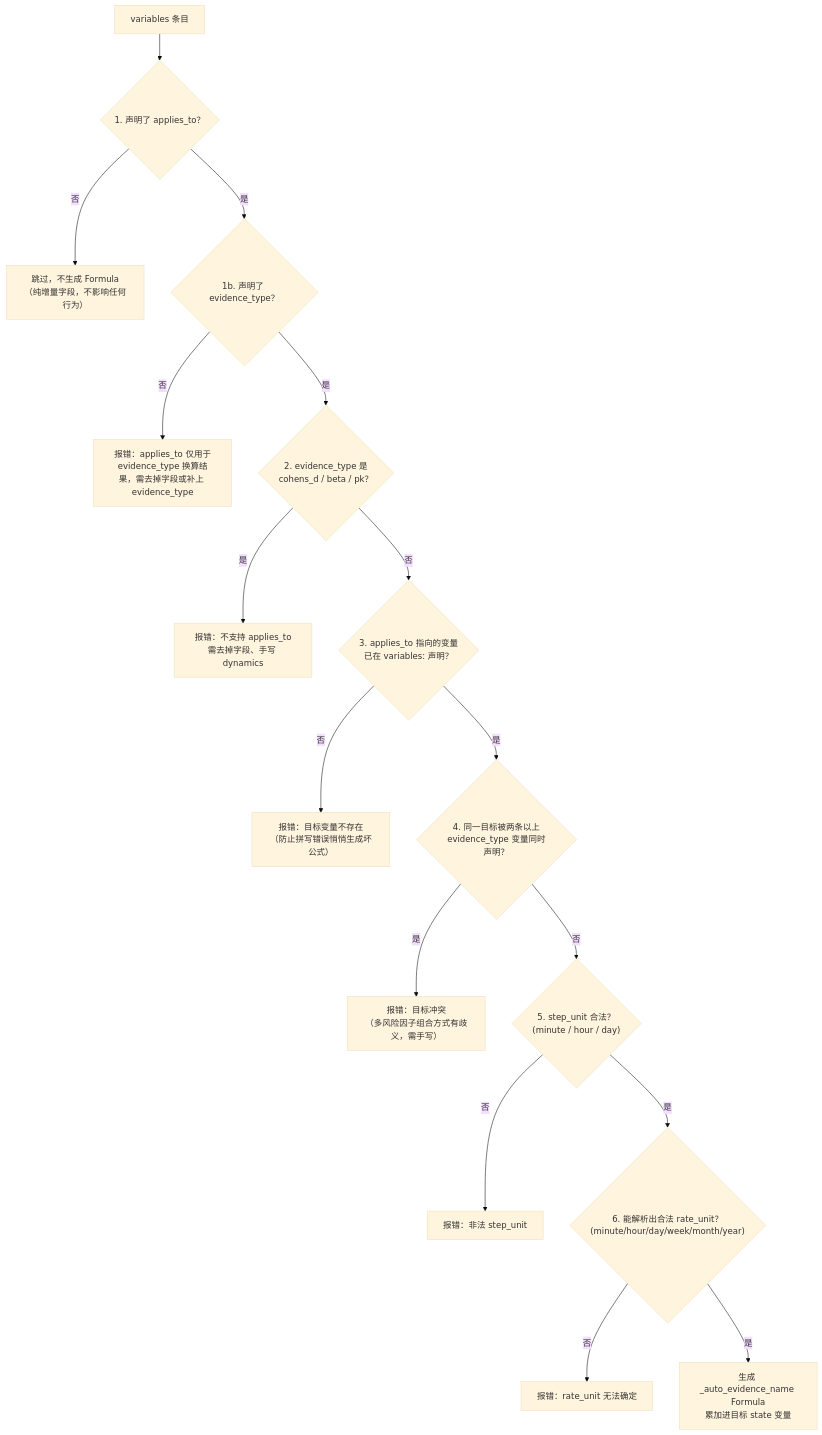
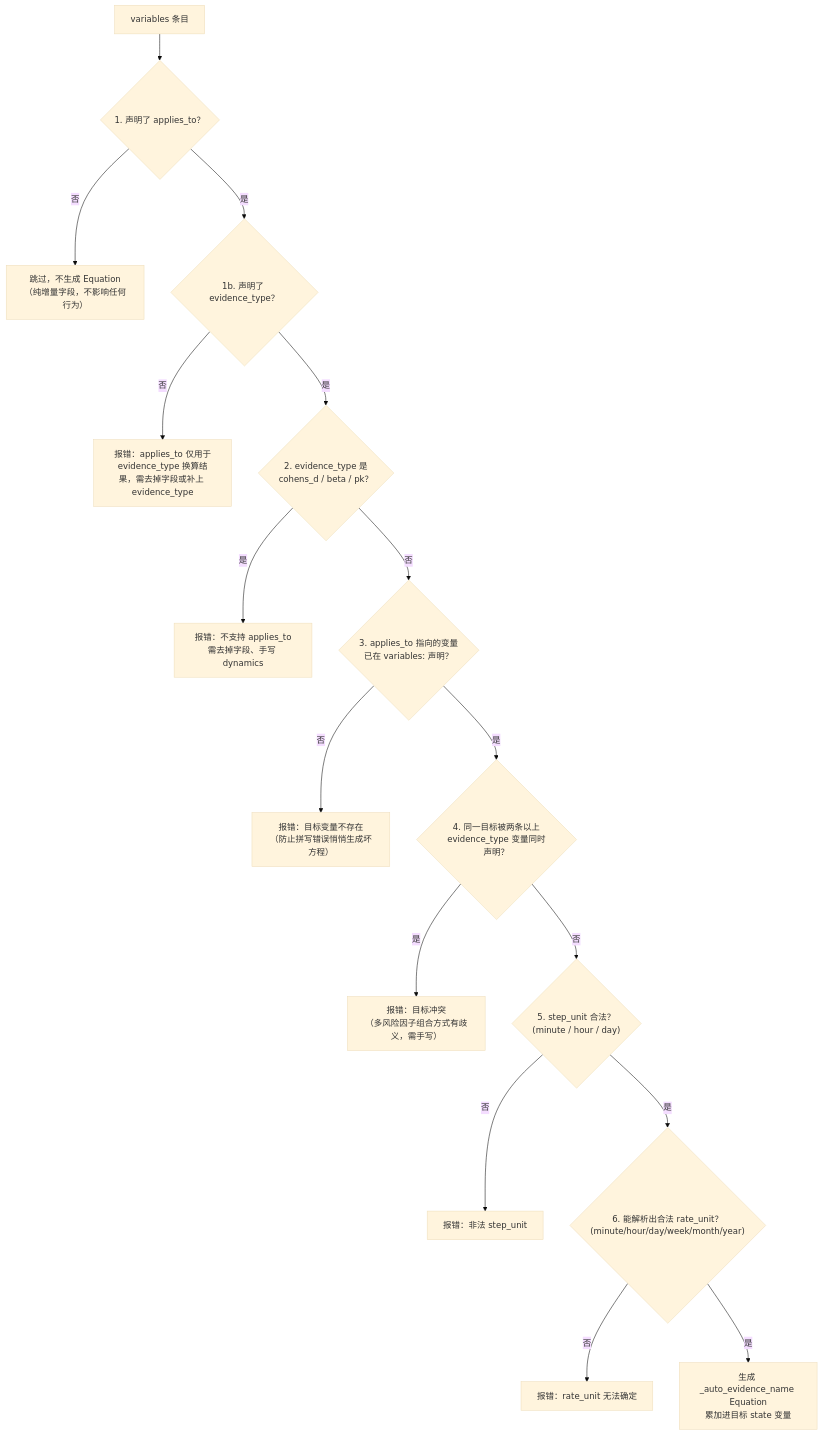
One commit to shenfan19/life-matters-reference-engine changed the diagram in docs/evidence/applies_to.md. Above: the diagram before and after it, drawn with Mermaid (base theme). The commit also changed other lines of this file and 49 other files, not shown here.

````diff
--- a/docs/evidence/applies_to.md
+++ b/docs/evidence/applies_to.md
@@ -19,18 +19,18 @@
 ```mermaid
 flowchart TD
     S0["variables 条目"] --> C1{"1. 声明了 applies_to？"}
-    C1 -->|"否"| SKIP["跳过，不生成 Formula<br/>（纯增量字段，不影响任何行为）"]
+    C1 -->|"否"| SKIP["跳过，不生成 Equation<br/>（纯增量字段，不影响任何行为）"]
     C1 -->|"是"| C1b{"1b. 声明了 evidence_type？"}
     C1b -->|"否"| ERR0["报错：applies_to 仅用于<br/>evidence_type 换算结果，需去掉字段或补上 evidence_type"]
     C1b -->|"是"| C2{"2. evidence_type 是<br/>cohens_d / beta / pk？"}
     C2 -->|"是"| ERR1["报错：不支持 applies_to<br/>需去掉字段、手写 dynamics"]
     C2 -->|"否"| C3{"3. applies_to 指向的变量<br/>已在 variables: 声明？"}
-    C3 -->|"否"| ERR2["报错：目标变量不存在<br/>（防止拼写错误悄悄生成坏公式）"]
+    C3 -->|"否"| ERR2["报错：目标变量不存在<br/>（防止拼写错误悄悄生成坏方程）"]
     C3 -->|"是"| C4{"4. 同一目标被两条以上<br/>evidence_type 变量同时声明？"}
     C4 -->|"是"| ERR3["报错：目标冲突<br/>（多风险因子组合方式有歧义，需手写）"]
     C4 -->|"否"| C5{"5. step_unit 合法？<br/>(minute / hour / day)"}
     C5 -->|"否"| ERR4["报错：非法 step_unit"]
     C5 -->|"是"| C6{"6. 能解析出合法 rate_unit？<br/>(minute/hour/day/week/month/year)"}
     C6 -->|"否"| ERR5["报错：rate_unit 无法确定"]
-    C6 -->|"是"| OK["生成 _auto_evidence_name Formula<br/>累加进目标 state 变量"]
+    C6 -->|"是"| OK["生成 _auto_evidence_name Equation<br/>累加进目标 state 变量"]
 ```
````
